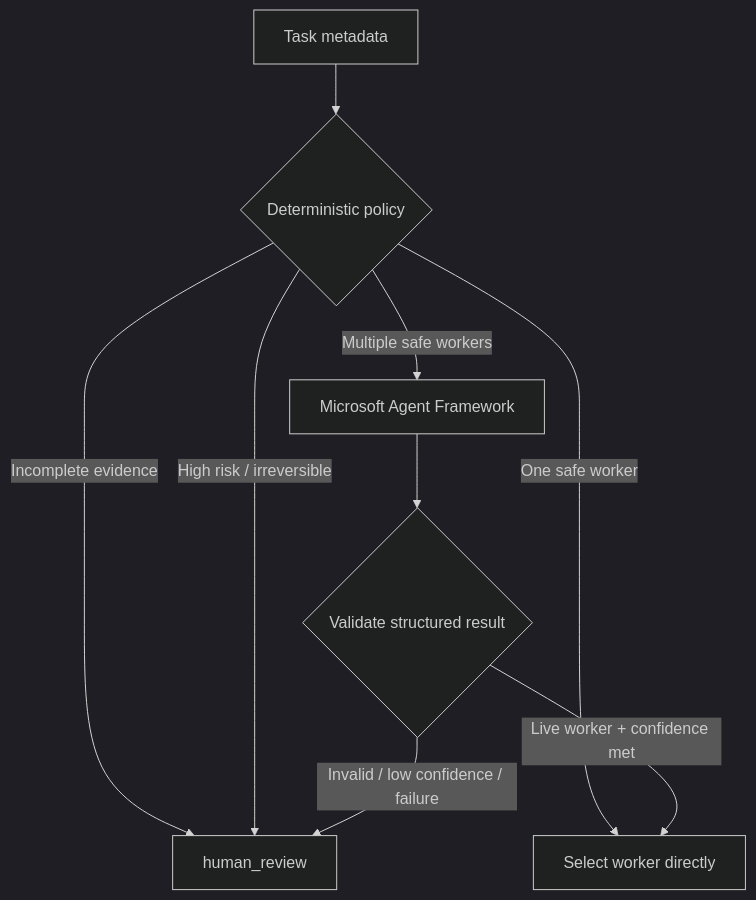
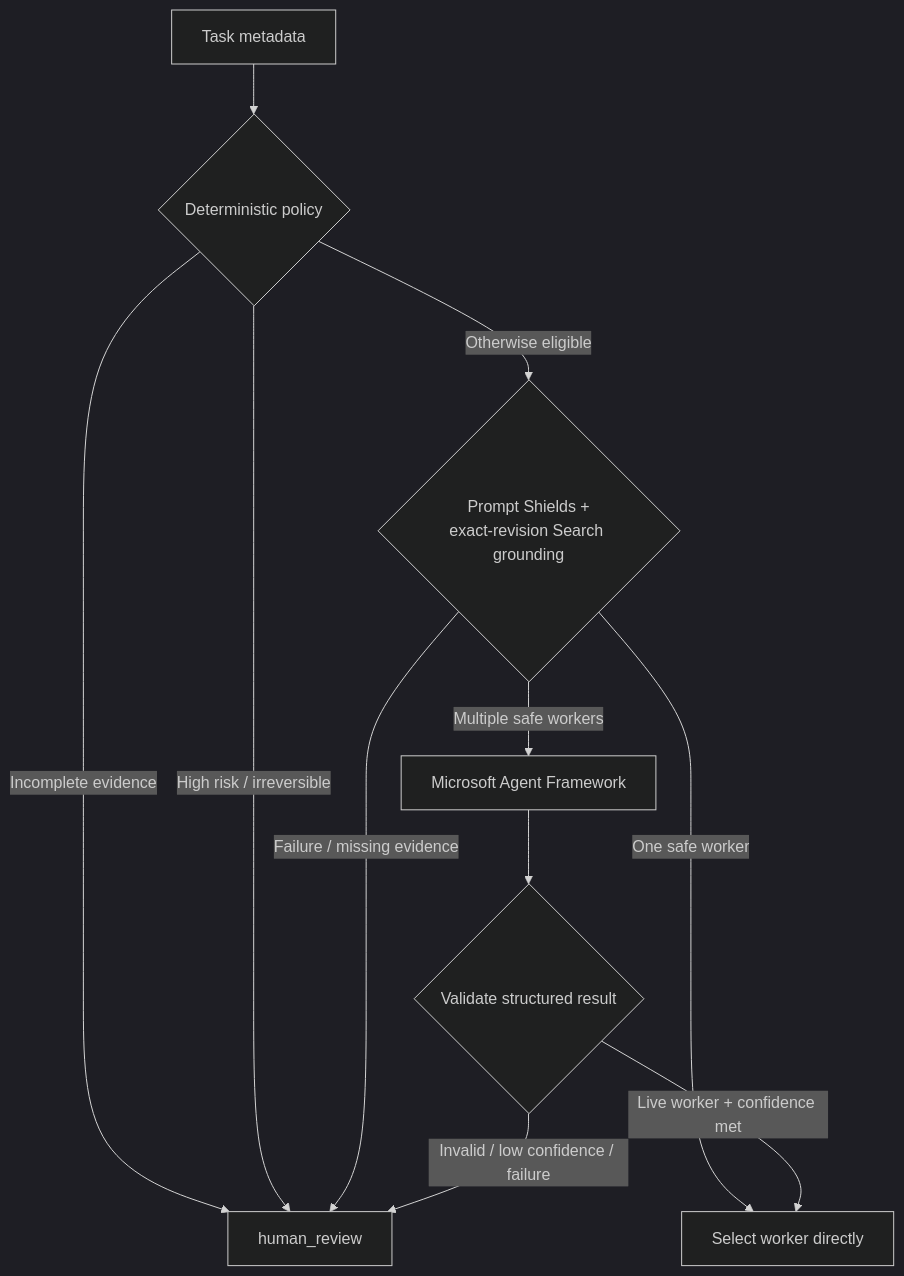
One commit to cihanduruer/agentic-development changed the third of 4 diagrams in docs/development-pipeline/PRESENTATION.md. Above: the diagram before and after it, drawn with Mermaid (dark theme). The commit also changed other lines of this file and 9 other files, not shown here.

````diff
--- a/docs/development-pipeline/PRESENTATION.md
+++ b/docs/development-pipeline/PRESENTATION.md
@@ -257,11 +269,13 @@
 ```mermaid
 flowchart TD
     T["Task metadata"] --> P{"Deterministic policy"}
     P -->|Incomplete evidence| H["human_review"]
     P -->|High risk / irreversible| H
-    P -->|One safe worker| W["Select worker directly"]
-    P -->|Multiple safe workers| M["Microsoft Agent Framework"]
+    P -->|Otherwise eligible| E{"Prompt Shields +<br/>exact-revision Search grounding"}
+    E -->|Failure / missing evidence| H
+    E -->|One safe worker| W["Select worker directly"]
+    E -->|Multiple safe workers| M["Microsoft Agent Framework"]
     M --> V{"Validate structured result"}
     V -->|Live worker + confidence met| W
     V -->|Invalid / low confidence / failure| H
 ```
````
